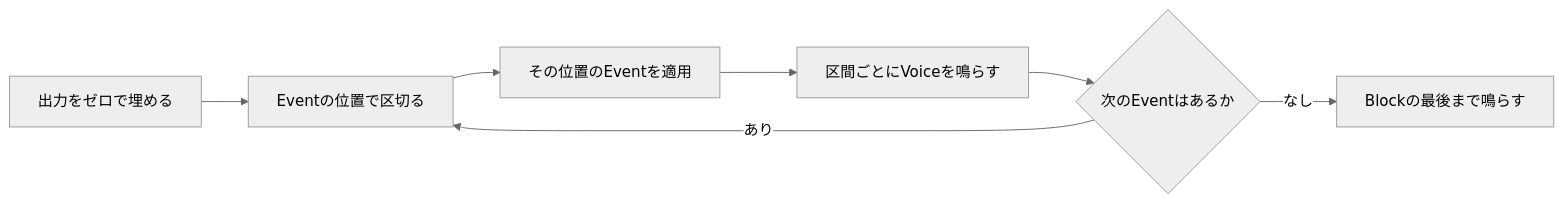
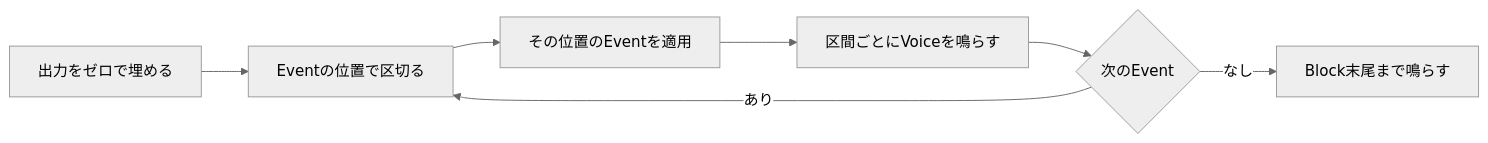
One commit to endo-ly/sonalloy changed the first of 4 diagrams in docs/runtime-processing.md. Above: the diagram before and after it, drawn with Mermaid (neutral theme). The commit also changed other lines of this file and 8 other files, not shown here.

````diff
--- a/docs/runtime-processing.md
+++ b/docs/runtime-processing.md
@@ -19,9 +17,9 @@
 ```mermaid
 flowchart LR
     A[出力をゼロで埋める] --> B[Eventの位置で区切る]
     B --> C[その位置のEventを適用]
     C --> D[区間ごとにVoiceを鳴らす]
-    D --> E{次のEventはあるか}
+    D --> E{次のEvent}
     E -- あり --> B
-    E -- なし --> F[Blockの最後まで鳴らす]
+    E -- なし --> F[Block末尾まで鳴らす]
 ```
````
